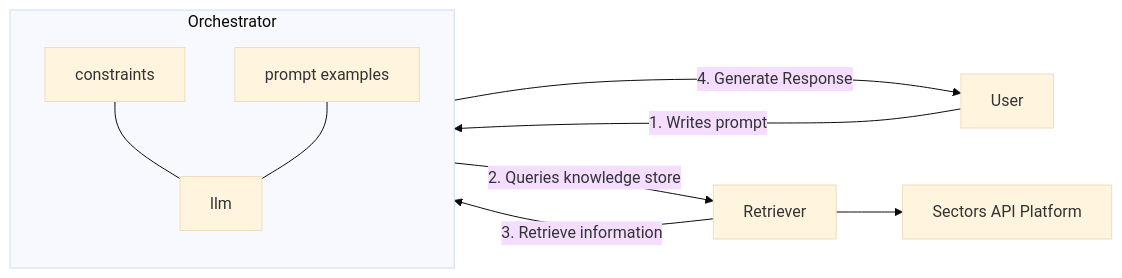
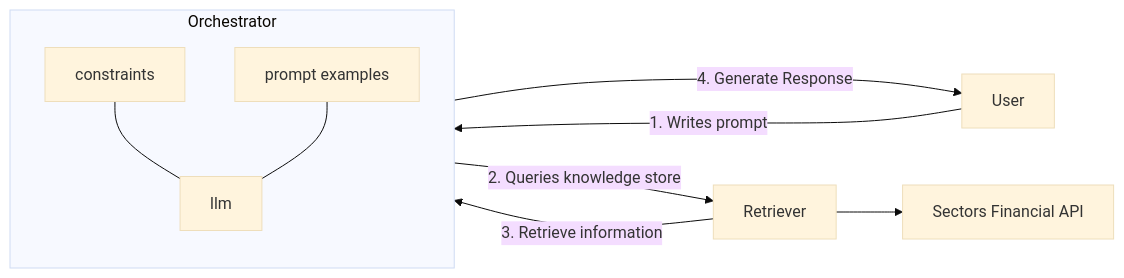
Before and after one commit to supertypeai/sectors_api_docs: the diagram in recipes/generative-ai-python/01-background.mdx, drawn with Mermaid (base theme). The commit also changed 2 other files, not shown here.

Commit message:
[Fix] update 'Sectors API platform' term into 'Sectors Financial API'

````diff
--- a/recipes/generative-ai-python/01-background.mdx
+++ b/recipes/generative-ai-python/01-background.mdx
@@ -208,14 +208,14 @@
 ```mermaid
   flowchart LR
     subgraph Orchestrator
         direction TB
         top1[constraints] --- llm[llm]
         top2[prompt examples] --- llm
     end
 
     User -- 1. Writes prompt --> Orchestrator
     Orchestrator -- 2. Queries knowledge store --> Retriever
     Retriever -- 3. Retrieve information --> llm
-    Retriever --> db["Sectors API Platform"]
+    Retriever --> db["Sectors Financial API"]
     llm --->|4. Generate Response| User
 ```
````
